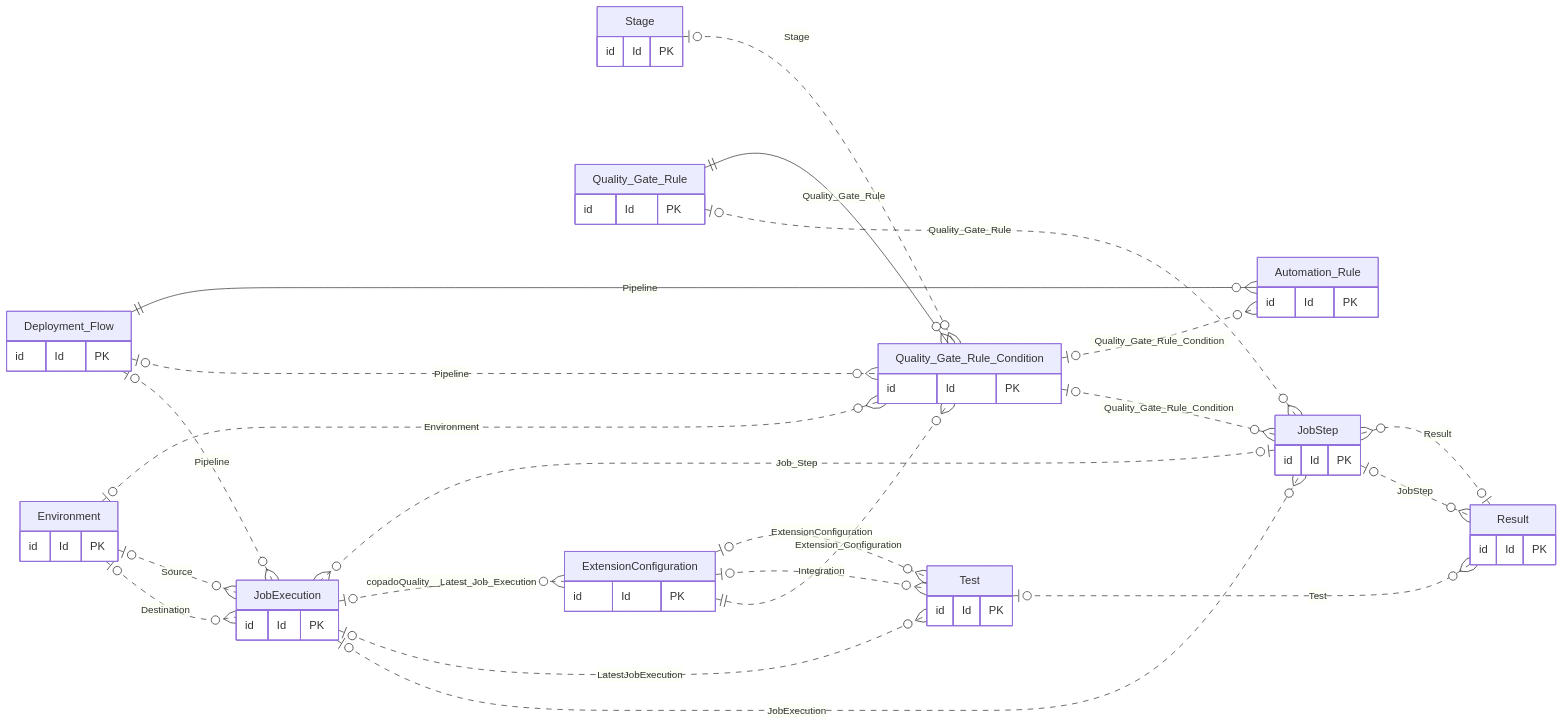
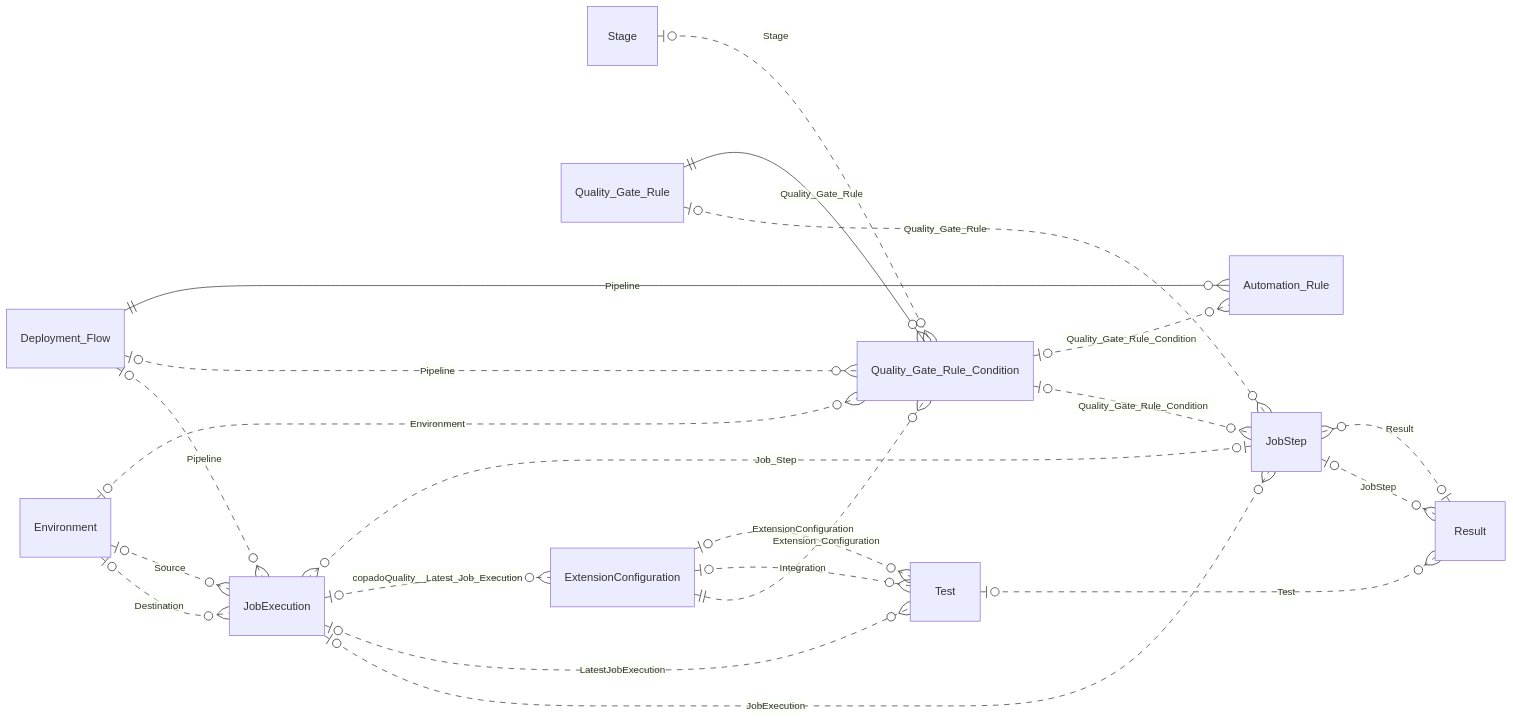
Before and after one commit to airbah/monsite: the diagram in resources/copado-source-format/06-qualite.mmd, drawn with Mermaid. The commit also changed 19 other files, not shown here.

Commit message:
Simplifier les diagrammes Copado en retirant la ligne Id et PK

```diff
--- a/resources/copado-source-format/06-qualite.mmd
+++ b/resources/copado-source-format/06-qualite.mmd
@@ -1,56 +1,34 @@
 erDiagram
     direction LR
-    Deployment_Flow {
-        id Id PK
-    }
-    Environment {
-        id Id PK
-    }
-    Stage {
-        id Id PK
-    }
-    Quality_Gate_Rule {
-        id Id PK
-    }
-    Quality_Gate_Rule_Condition {
-        id Id PK
-    }
-    Automation_Rule {
-        id Id PK
-    }
-    JobStep {
-        id Id PK
-    }
-    Test {
-        id Id PK
-    }
-    ExtensionConfiguration {
-        id Id PK
-    }
-    JobExecution {
-        id Id PK
-    }
-    Result {
-        id Id PK
-    }
+    Deployment_Flow
+    Environment
+    Stage
+    Quality_Gate_Rule
+    Quality_Gate_Rule_Condition
+    Automation_Rule
+    JobStep
+    Test
+    ExtensionConfiguration
+    JobExecution
+    Result
     Environment |o..o{ JobExecution : "Destination"
     Deployment_Flow |o..o{ JobExecution : "Pipeline"
     Environment |o..o{ JobExecution : "Source"
     JobStep |o..o{ JobExecution : "Job_Step"
     JobExecution |o..o{ JobStep : "JobExecution"
     Result |o..o{ JobStep : "Result"
     Quality_Gate_Rule_Condition |o..o{ JobStep : "Quality_Gate_Rule_Condition"
     Quality_Gate_Rule |o..o{ JobStep : "Quality_Gate_Rule"
     JobStep |o..o{ Result : "JobStep"
     Test |o..o{ Result : "Test"
     Quality_Gate_Rule ||--o{ Quality_Gate_Rule_Condition : "Quality_Gate_Rule"
     Environment |o..o{ Quality_Gate_Rule_Condition : "Environment"
     Deployment_Flow |o..o{ Quality_Gate_Rule_Condition : "Pipeline"
     ExtensionConfiguration ||..o{ Quality_Gate_Rule_Condition : "Extension_Configuration"
     Stage |o..o{ Quality_Gate_Rule_Condition : "Stage"
     ExtensionConfiguration |o..o{ Test : "Integration"
     ExtensionConfiguration |o..o{ Test : "ExtensionConfiguration"
     JobExecution |o..o{ Test : "LatestJobExecution"
     JobExecution |o..o{ ExtensionConfiguration : "copadoQuality__Latest_Job_Execution"
     Deployment_Flow ||--o{ Automation_Rule : "Pipeline"
     Quality_Gate_Rule_Condition |o..o{ Automation_Rule : "Quality_Gate_Rule_Condition"
```
